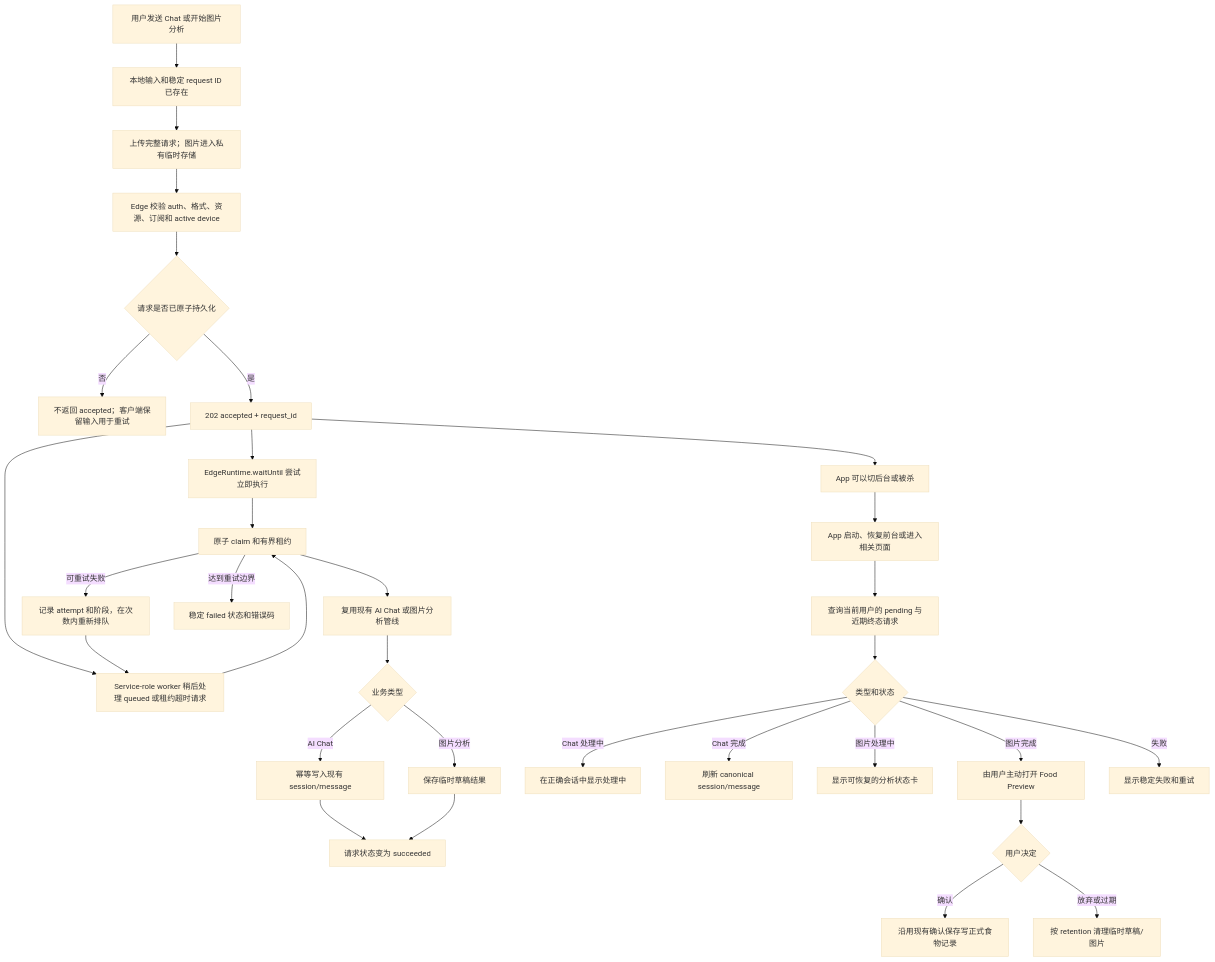
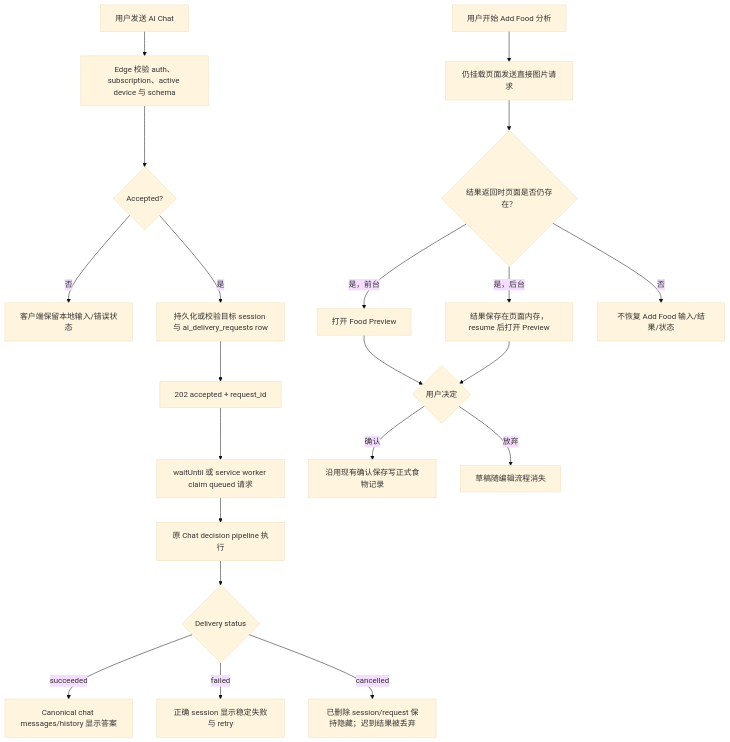
Before and after one commit to GIOGIO156/FitLog_Agent: the diagram in docs/zh/AgentDesign.md, drawn with Mermaid (base theme). The commit also changed other lines of this file and 74 other files, not shown here.

````diff
--- a/docs/zh/AgentDesign.md
+++ b/docs/zh/AgentDesign.md
@@ -41,41 +43,24 @@
 ```mermaid
 flowchart TD
-    A["用户发送 Chat 或开始图片分析"] --> B["本地输入和稳定 request ID 已存在"]
-    B --> C["上传完整请求；图片进入私有临时存储"]
-    C --> D["Edge 校验 auth、格式、资源、订阅和 active device"]
-    D --> E{"请求是否已原子持久化"}
-    E -->|否| F["不返回 accepted；客户端保留输入用于重试"]
-    E -->|是| G["202 accepted + request_id"]
+    A["用户发送 AI Chat"] --> B["Edge 校验 auth、subscription、active device 与 schema"]
+    B --> C{"Accepted?"}
+    C -->|否| D["客户端保留本地输入/错误状态"]
+    C -->|是| E["持久化或校验目标 session 与 ai_delivery_requests row"]
+    E --> F["202 accepted + request_id"]
+    F --> G["waitUntil 或 service worker claim queued 请求"]
+    G --> H["原 Chat decision pipeline 执行"]
+    H --> I{"Delivery status"}
+    I -->|succeeded| J["Canonical chat messages/history 显示答案"]
+    I -->|failed| K["正确 session 显示稳定失败与 retry"]
+    I -->|cancelled| L["已删除 session/request 保持隐藏；迟到结果被丢弃"]
 
-    G --> H["App 可以切后台或被杀"]
-    G --> I["EdgeRuntime.waitUntil 尝试立即执行"]
-    G --> J["Service-role worker 稍后处理 queued 或租约超时请求"]
-
-    I --> K["原子 claim 和有界租约"]
-    J --> K
-    K --> L["复用现有 AI Chat 或图片分析管线"]
-    L --> M{"业务类型"}
-
-    M -->|AI Chat| N["幂等写入现有 session/message"]
-    M -->|图片分析| O["保存临时草稿结果"]
-
-    N --> P["请求状态变为 succeeded"]
-    O --> P
-    K -->|可重试失败| Q["记录 attempt 和阶段，在次数内重新排队"]
-    Q --> J
-    K -->|达到重试边界| R["稳定 failed 状态和错误码"]
-
-    H --> S["App 启动、恢复前台或进入相关页面"]
-    S --> T["查询当前用户的 pending 与近期终态请求"]
-    T --> U{"类型和状态"}
-
-    U -->|Chat 处理中| V["在正确会话中显示处理中"]
-    U -->|Chat 完成| W["刷新 canonical session/message"]
-    U -->|图片处理中| X["显示可恢复的分析状态卡"]
-    U -->|图片完成| Y["由用户主动打开 Food Preview"]
-    U -->|失败| Z["显示稳定失败和重试"]
-
-    Y --> AA{"用户决定"}
-    AA -->|确认| AB["沿用现有确认保存写正式食物记录"]
-    AA -->|放弃或过期| AC["按 retention 清理临时草稿/图片"]
+    M["用户开始 Add Food 分析"] --> N["仍挂载页面发送直接图片请求"]
+    N --> O{"结果返回时页面是否仍存在？"}
+    O -->|是，前台| P["打开 Food Preview"]
+    O -->|是，后台| Q["结果保存在页面内存，resume 后打开 Preview"]
+    O -->|否| R["不恢复 Add Food 输入/结果/状态"]
+    P --> S{"用户决定"}
+    Q --> S
+    S -->|确认| T["沿用现有确认保存写正式食物记录"]
+    S -->|放弃| U["草稿随编辑流程消失"]
 ```
````
